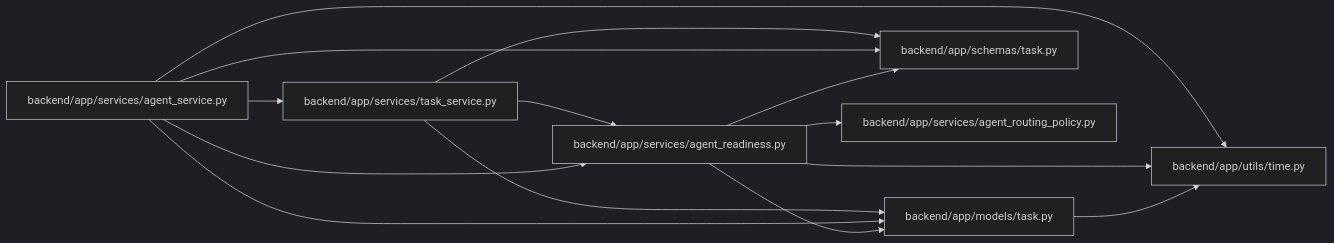
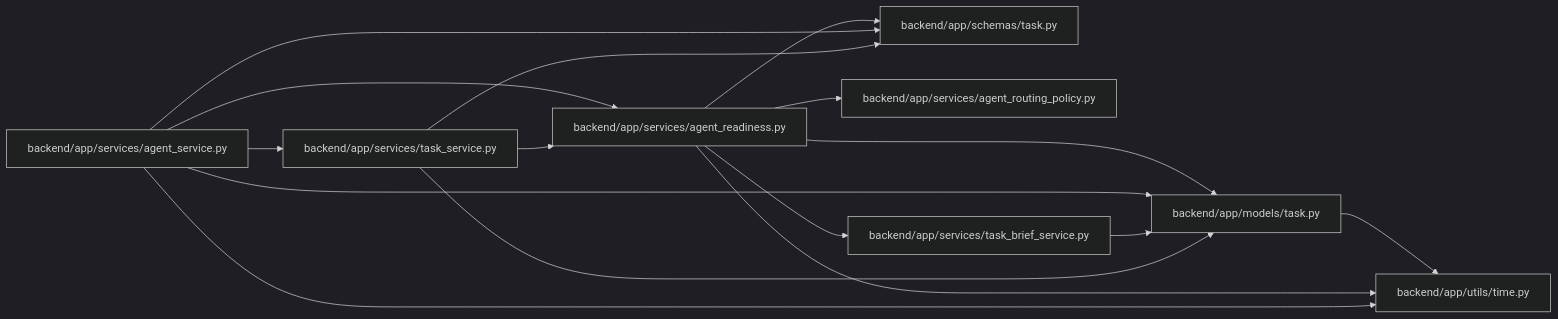
One commit to Denissvgn/WorkChord changed the diagram in docs/llm_wiki/modules/agent_readiness.md. Above: the diagram before and after it, drawn with Mermaid (dark theme). The commit also changed other lines of this file and 1238 other files, not shown here.

First line of the commit message:
docs(wiki): publish compact canonical domain architecture

````diff
--- a/docs/llm_wiki/modules/agent_readiness.md
+++ b/docs/llm_wiki/modules/agent_readiness.md
@@ -25,30 +26,34 @@
 ```mermaid
 flowchart LR
     n0["backend/app/models/task.py"]
     n1["backend/app/schemas/task.py"]
     n2["backend/app/services/agent_readiness.py"]
     n3["backend/app/services/agent_routing_policy.py"]
     n4["backend/app/services/agent_service.py"]
-    n5["backend/app/services/task_service.py"]
-    n6["backend/app/utils/time.py"]
-    n0 --> n6
+    n5["backend/app/services/task_brief_service.py"]
+    n6["backend/app/services/task_service.py"]
+    n7["backend/app/utils/time.py"]
+    n0 --> n7
     n2 --> n0
     n2 --> n1
     n2 --> n3
-    n2 --> n6
+    n2 --> n5
+    n2 --> n7
     n4 --> n0
     n4 --> n1
     n4 --> n2
-    n4 --> n5
     n4 --> n6
+    n4 --> n7
     n5 --> n0
-    n5 --> n1
-    n5 --> n2
+    n6 --> n0
+    n6 --> n1
+    n6 --> n2
     click n0 "../modules/models_task.md"
     click n1 "../modules/schemas_task.md"
     click n2 "../modules/agent_readiness.md"
     click n3 "../modules/agent_routing_policy.md"
     click n4 "../modules/agent_service.md"
-    click n5 "../modules/task_service.md"
-    click n6 "../modules/time.md"
+    click n5 "../modules/task_brief_service.md"
+    click n6 "../modules/task_service.md"
+    click n7 "../modules/time.md"
 ```
````
